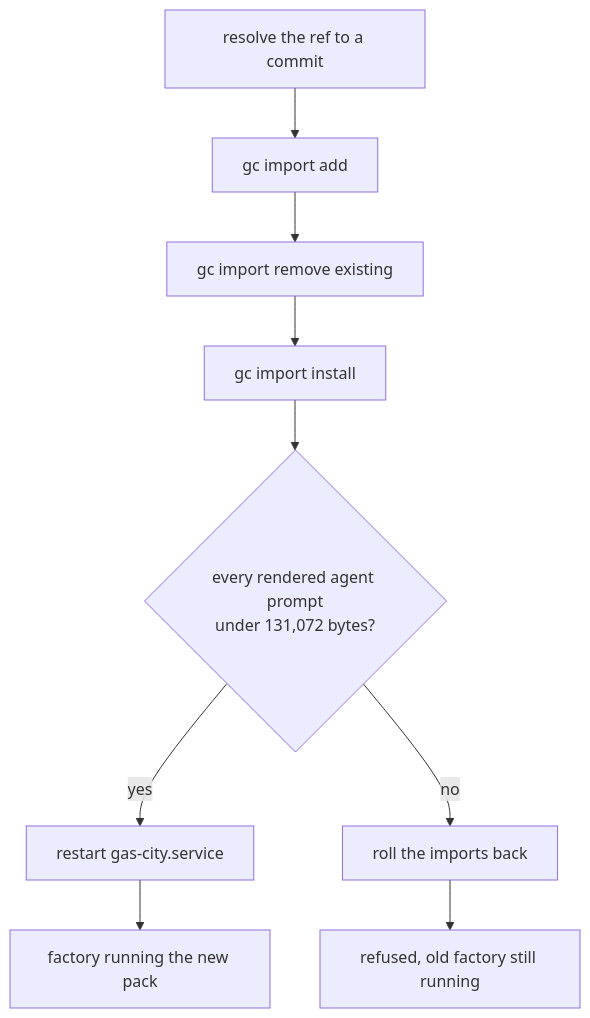
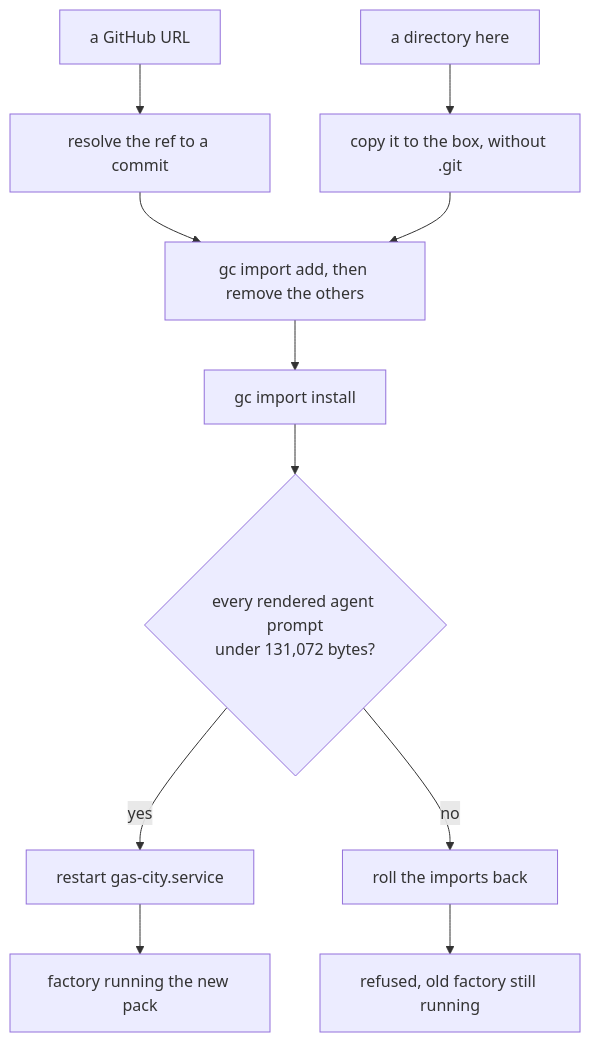
One commit to actual-software/sf-tutorial changed the first of 3 diagrams in participant-box-cli/README.md. Above: the diagram before and after it, drawn with Mermaid. The commit also changed other lines of this file and 4 other files, not shown here.

First line of the commit message:
Let sfbox deploy-factory take a directory as well as a GitHub URL

````diff
--- a/participant-box-cli/README.md
+++ b/participant-box-cli/README.md
@@ -54,11 +61,13 @@
 ```mermaid
 flowchart TD
-    A[resolve the ref to a commit] --> B[gc import add]
-    B --> C[gc import remove existing]
+    A[a GitHub URL] --> B[resolve the ref to a commit]
+    A2[a directory here] --> B2[copy it to the box, without .git]
+    B --> C[gc import add, then remove the others]
+    B2 --> C
     C --> D[gc import install]
     D --> E{every rendered agent prompt<br/>under 131,072 bytes?}
     E -- yes --> F[restart gas-city.service]
     E -- no --> G[roll the imports back]
     F --> H[factory running the new pack]
     G --> I[refused, old factory still running]
 ```
````
